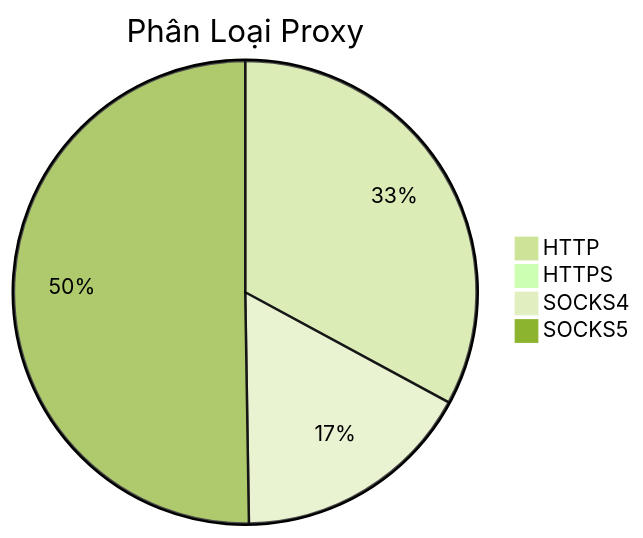
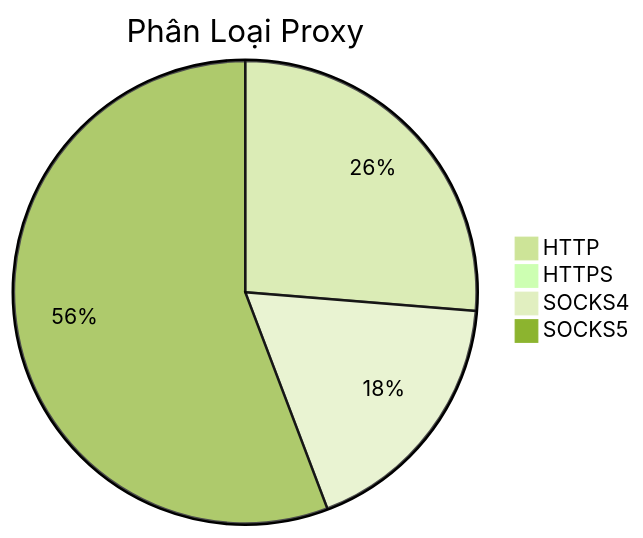
Before and after one commit to Ciara-12/PROXY-free: the diagram in README.md, drawn with Mermaid (forest theme). The commit also changed other lines of this file and 4 other files, not shown here.

````diff
--- a/README.md
+++ b/README.md
@@ -26,7 +26,7 @@
 ```mermaid
 pie title Phân Loại Proxy
-    "HTTP" : 777
+    "HTTP" : 494
     "HTTPS" : 1
-    "SOCKS4" : 398
-    "SOCKS5" : 1187
+    "SOCKS4" : 337
+    "SOCKS5" : 1048
 ```
````
